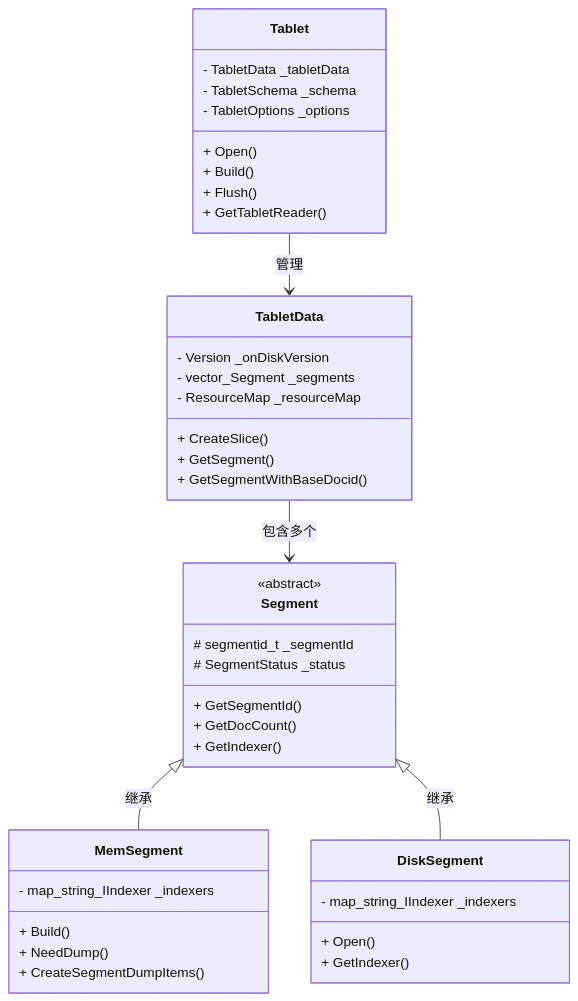
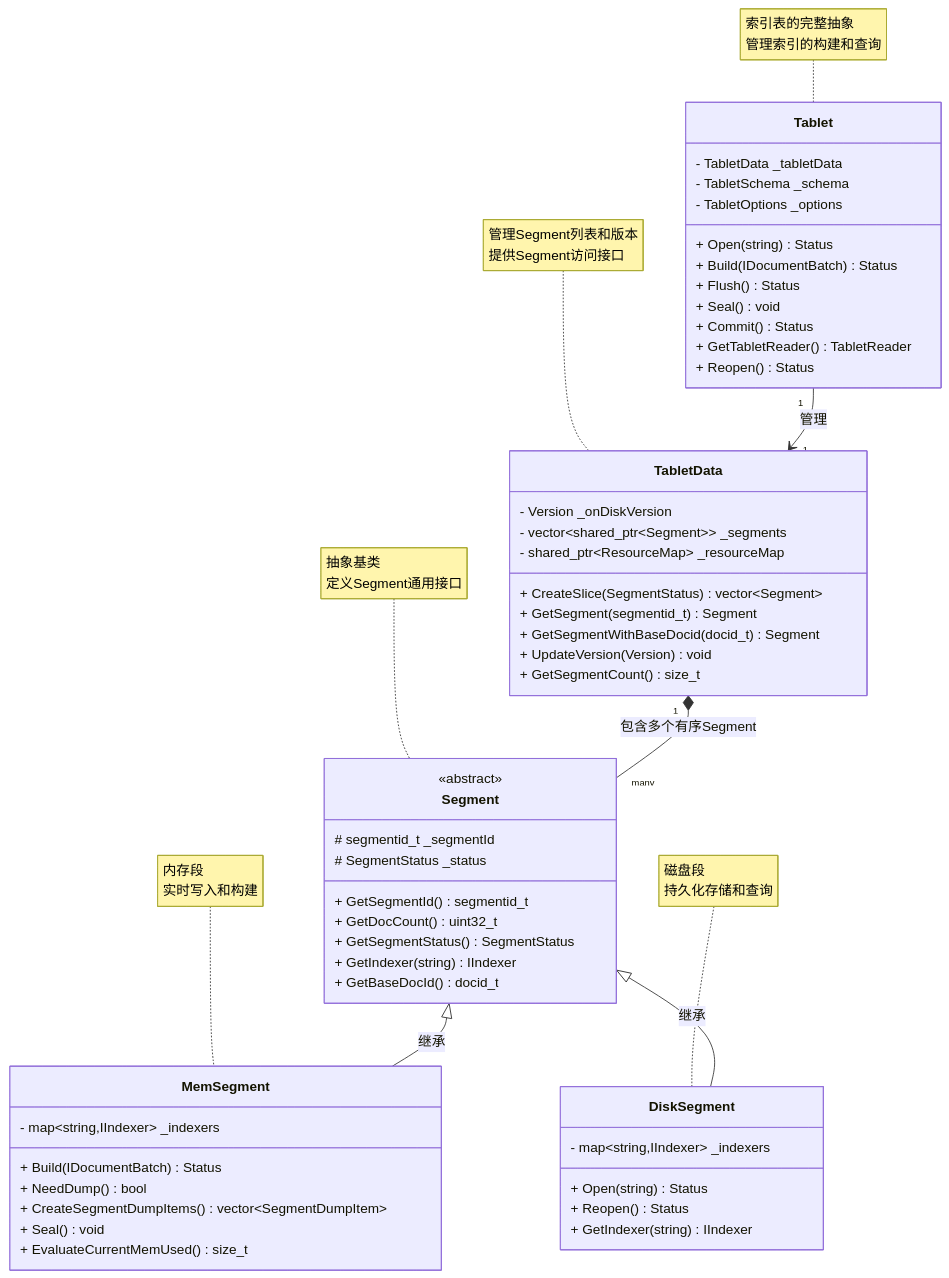
The first of 22 diagrams in _posts/2025-05-19-indexlib-2-tablet-segment.md (zhouzhilong-commits/zhouzhilong-commits.github.io), drawn with Mermaid before and after one commit. The commit also changed other lines of this file and 6 other files, not shown here.

````diff
--- a/_posts/2025-05-19-indexlib-2-tablet-segment.md
+++ b/_posts/2025-05-19-indexlib-2-tablet-segment.md
@@ -16,48 +16,64 @@
 ```mermaid
 classDiagram
     class Tablet {
         - TabletData _tabletData
         - TabletSchema _schema
         - TabletOptions _options
-        + Open()
-        + Build()
-        + Flush()
-        + GetTabletReader()
+        + Open(string) Status
+        + Build(IDocumentBatch) Status
+        + Flush() Status
+        + Seal() void
+        + Commit() Status
+        + GetTabletReader() TabletReader
+        + Reopen() Status
     }
     
     class TabletData {
         - Version _onDiskVersion
-        - vector_Segment _segments
-        - ResourceMap _resourceMap
-        + CreateSlice()
-        + GetSegment()
-        + GetSegmentWithBaseDocid()
+        - vector~shared_ptr~Segment~~ _segments
+        - shared_ptr~ResourceMap~ _resourceMap
+        + CreateSlice(SegmentStatus) vector~Segment~
+        + GetSegment(segmentid_t) Segment
+        + GetSegmentWithBaseDocid(docid_t) Segment
+        + UpdateVersion(Version) void
+        + GetSegmentCount() size_t
     }
     
     class Segment {
         <<abstract>>
         # segmentid_t _segmentId
         # SegmentStatus _status
-        + GetSegmentId()
-        + GetDocCount()
-        + GetIndexer()
+        + GetSegmentId() segmentid_t
+        + GetDocCount() uint32_t
+        + GetSegmentStatus() SegmentStatus
+        + GetIndexer(string) IIndexer
+        + GetBaseDocId() docid_t
     }
     
     class MemSegment {
-        - map_string_IIndexer _indexers
-        + Build()
-        + NeedDump()
-        + CreateSegmentDumpItems()
+        - map~string,IIndexer~ _indexers
+        + Build(IDocumentBatch) Status
+        + NeedDump() bool
+        + CreateSegmentDumpItems() vector~SegmentDumpItem~
+        + Seal() void
+        + EvaluateCurrentMemUsed() size_t
     }
     
     class DiskSegment {
-        - map_string_IIndexer _indexers
-        + Open()
-        + GetIndexer()
+        - map~string,IIndexer~ _indexers
+        + Open(string) Status
+        + Reopen() Status
+        + GetIndexer(string) IIndexer
     }
     
-    Tablet --> TabletData : 管理
-    TabletData --> Segment : 包含多个
+    Tablet "1" --> "1" TabletData : 管理
+    TabletData "1" *-- "many" Segment : 包含多个有序Segment
     Segment <|-- MemSegment : 继承
     Segment <|-- DiskSegment : 继承
+    
+    note for Tablet "索引表的完整抽象<br/>管理索引的构建和查询"
+    note for TabletData "管理Segment列表和版本<br/>提供Segment访问接口"
+    note for Segment "抽象基类<br/>定义Segment通用接口"
+    note for MemSegment "内存段<br/>实时写入和构建"
+    note for DiskSegment "磁盘段<br/>持久化存储和查询"
 ```
````
